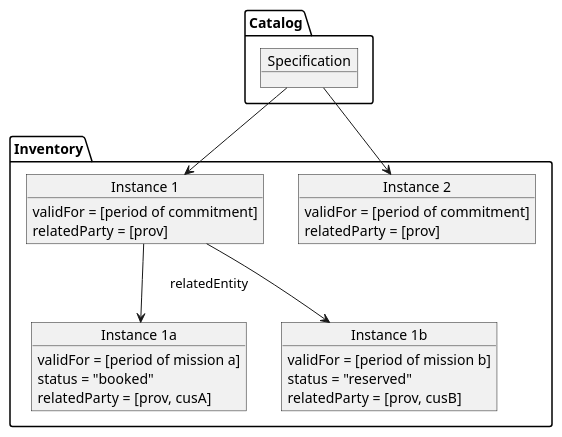
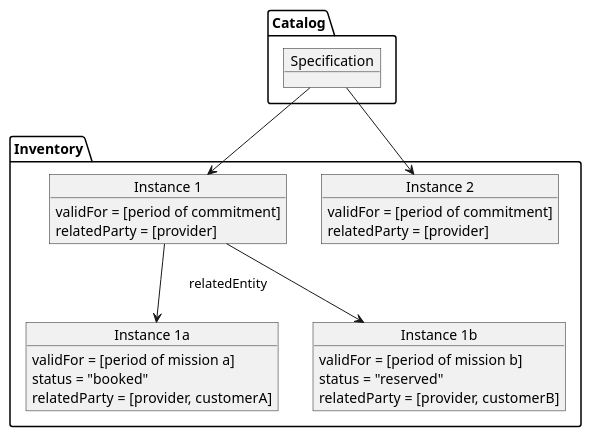
One commit to psi-consortium/psi changed diagram 18 of 18 in doc/PSI/PSI-TAD/terms.md. Above: the diagram before and after it, drawn with PlantUML. The commit also changed other lines of this file and 926 other files, not shown here.

````diff
--- a/doc/PSI/PSI-TAD/terms.md
+++ b/doc/PSI/PSI-TAD/terms.md
@@ -753,37 +828,37 @@
 ```plantuml
 @startuml
 package Catalog as C_PSS {
     object "Specification" as SpecA_PSS {
     }
 }
 package Inventory as I_PSS {
     object "Instance 1" as I1_PSS {
         validFor = [period of commitment]
-        relatedParty = [prov]
+        relatedParty = [provider]
     }
     object "Instance 1a" as I1a_PSS {
         validFor = [period of mission a]
         status = "booked"
-        relatedParty = [prov, cusA]
+        relatedParty = [provider, customerA]
     }
     object "Instance 1b" as I1b_PSS {
         validFor = [period of mission b]
         status = "reserved"
-        relatedParty = [prov, cusB]
+        relatedParty = [provider, customerB]
     }
 
     object "Instance 2" as I2_PSS {
         validFor = [period of commitment]
-        relatedParty = [prov]
+        relatedParty = [provider]
     }
 }
 
 SpecA_PSS --> I1_PSS
 I1_PSS --> I1a_PSS : \trelatedEntity
 I1_PSS --> I1b_PSS
 I1a_PSS -[hidden]> I1b_PSS
 I1_PSS -[hidden]> I2_PSS
 
 SpecA_PSS --> I2_PSS
 @enduml
 ```
````
